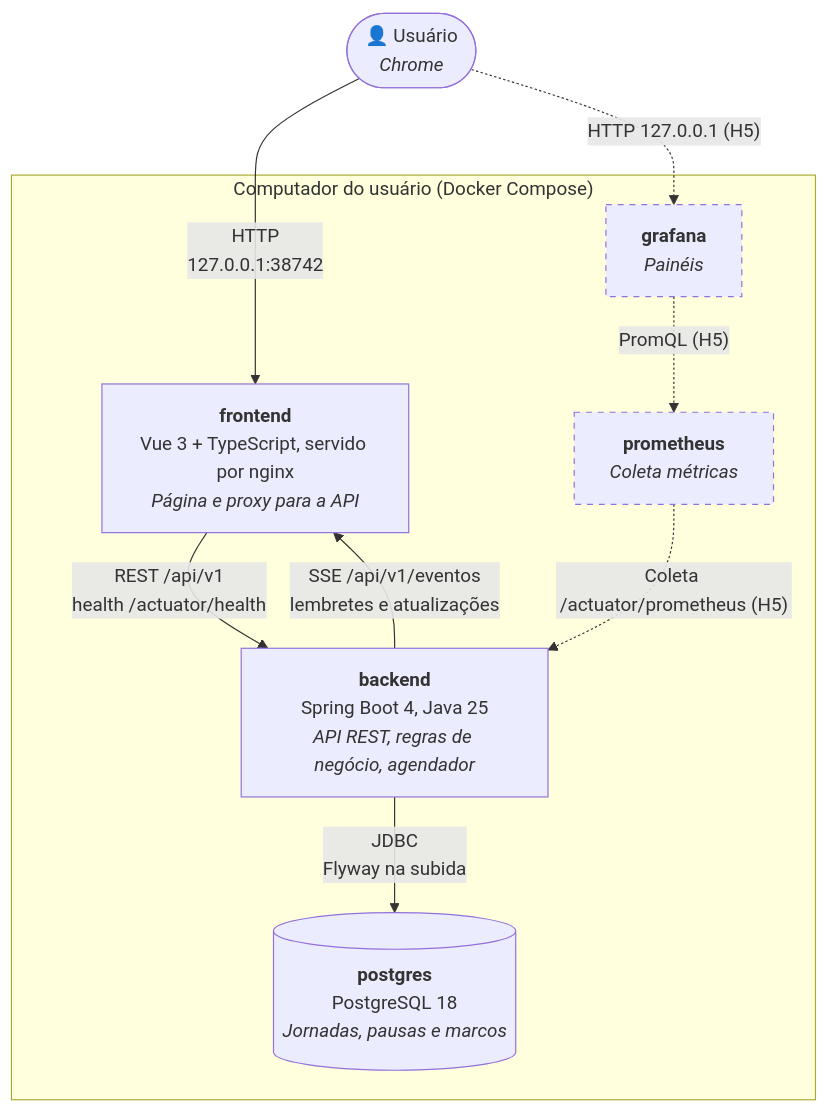
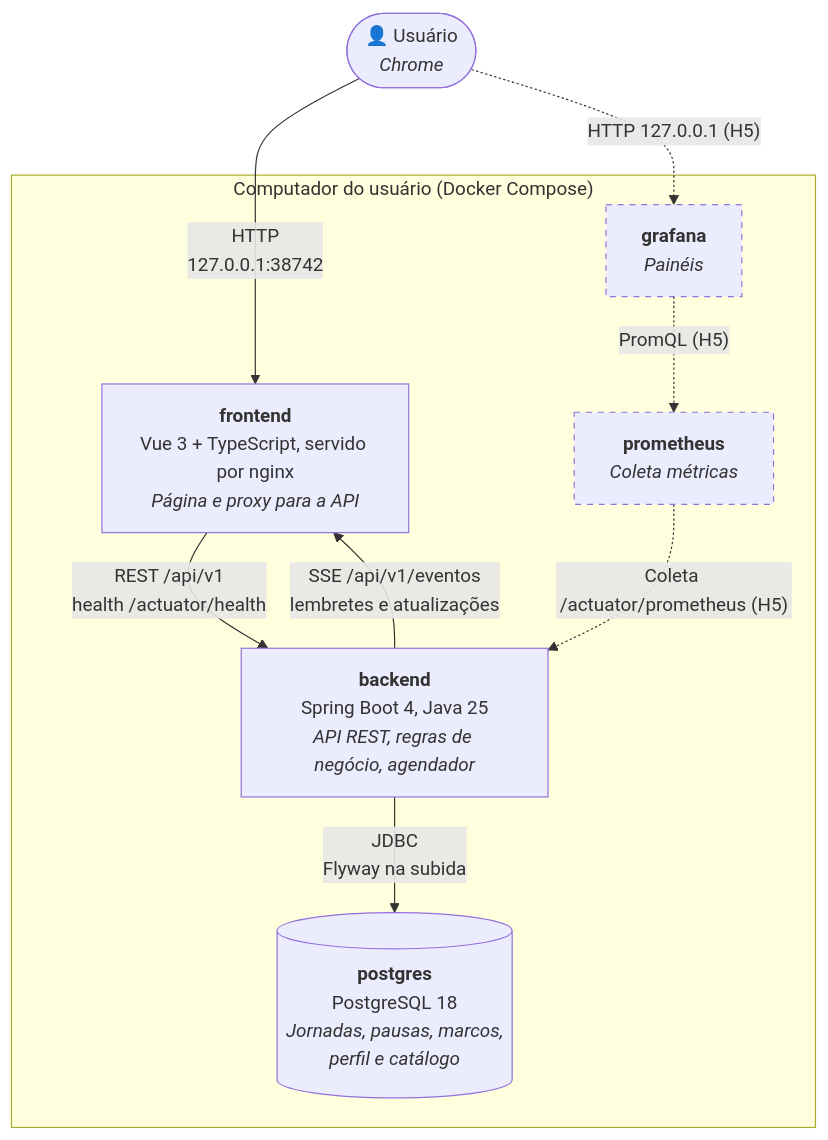
The diagram in docs/arquitetura/c4-2-containers.md (lincolnnaraujo/pausa-ativa), drawn with Mermaid before and after one commit. The commit also changed other lines of this file and 12 other files, not shown here.

````diff
--- a/docs/arquitetura/c4-2-containers.md
+++ b/docs/arquitetura/c4-2-containers.md
@@ -5,23 +5,23 @@
 ```mermaid
 flowchart TB
     U(["👤 Usuário<br/><i>Chrome</i>"])
 
     subgraph host["Computador do usuário (Docker Compose)"]
         FE["<b>frontend</b><br/>Vue 3 + TypeScript, servido por nginx<br/><i>Página e proxy para a API</i>"]
         BE["<b>backend</b><br/>Spring Boot 4, Java 25<br/><i>API REST, regras de negócio, agendador</i>"]
-        DB[("<b>postgres</b><br/>PostgreSQL 18<br/><i>Jornadas, pausas e marcos</i>")]
+        DB[("<b>postgres</b><br/>PostgreSQL 18<br/><i>Jornadas, pausas, marcos,<br/>perfil e catálogo</i>")]
         PR["<b>prometheus</b><br/><i>Coleta métricas</i>"]
         GR["<b>grafana</b><br/><i>Painéis</i>"]
     end
 
     U -->|"HTTP<br/>127.0.0.1:38742"| FE
     FE -->|"REST /api/v1<br/>health /actuator/health"| BE
     BE -->|"SSE /api/v1/eventos<br/>lembretes e atualizações"| FE
     BE -->|"JDBC<br/>Flyway na subida"| DB
     PR -.->|"Coleta /actuator/prometheus (H5)"| BE
     GR -.->|"PromQL (H5)"| PR
     U -.->|"HTTP 127.0.0.1 (H5)"| GR
 
     classDef futuro stroke-dasharray: 5 5
     class PR,GR futuro
 ```
````
